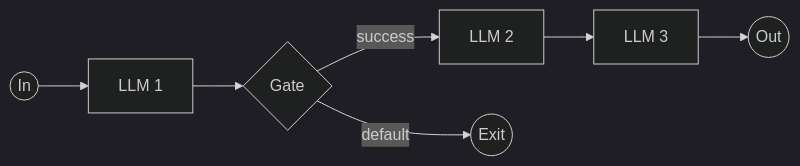
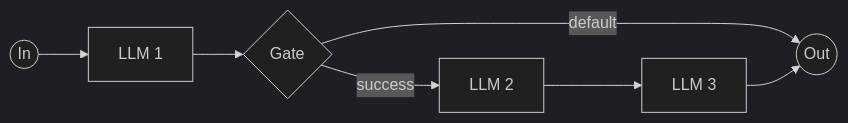
Before and after one commit to rootstrap/mars: the diagram in examples/simple_workflow/diagram.md, drawn with Mermaid (dark theme). The commit also changed 26 other files, not shown here.

````diff
--- a/examples/simple_workflow/diagram.md
+++ b/examples/simple_workflow/diagram.md
@@ -1,12 +1,15 @@
 ```mermaid
 flowchart LR
-In(("In")) -->
-LLM_1["LLM 1"]
-LLM_1 --> Gate
-Gate{"Gate"}
-Gate -->|success| LLM_2["LLM 2"]
-LLM_2 --> LLM_3
-LLM_3["LLM 3"]
-LLM_3 --> Out(("Out"))
-Gate -->|default| exit((Exit))
+in((In))
+out((Out))
+llm_1[LLM 1]
+gate{Gate}
+llm_2[LLM 2]
+llm_3[LLM 3]
+in --> llm_1
+llm_1 --> gate
+gate -->|success| llm_2
+gate -->|default| out
+llm_2 --> llm_3
+llm_3 --> out
 ```
````
